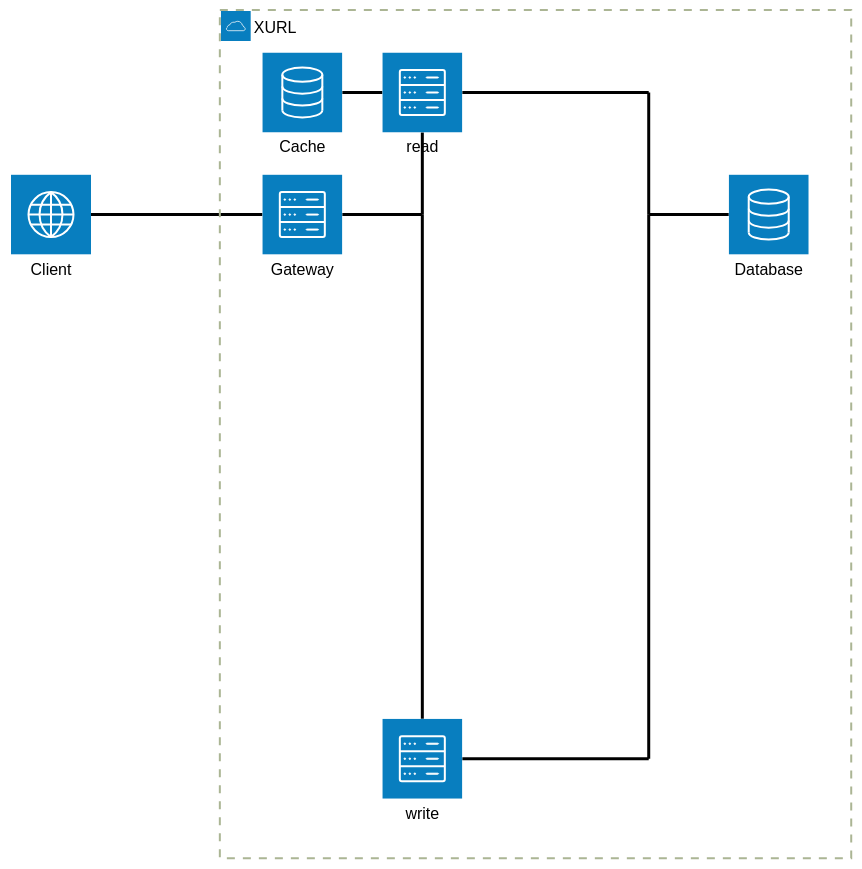
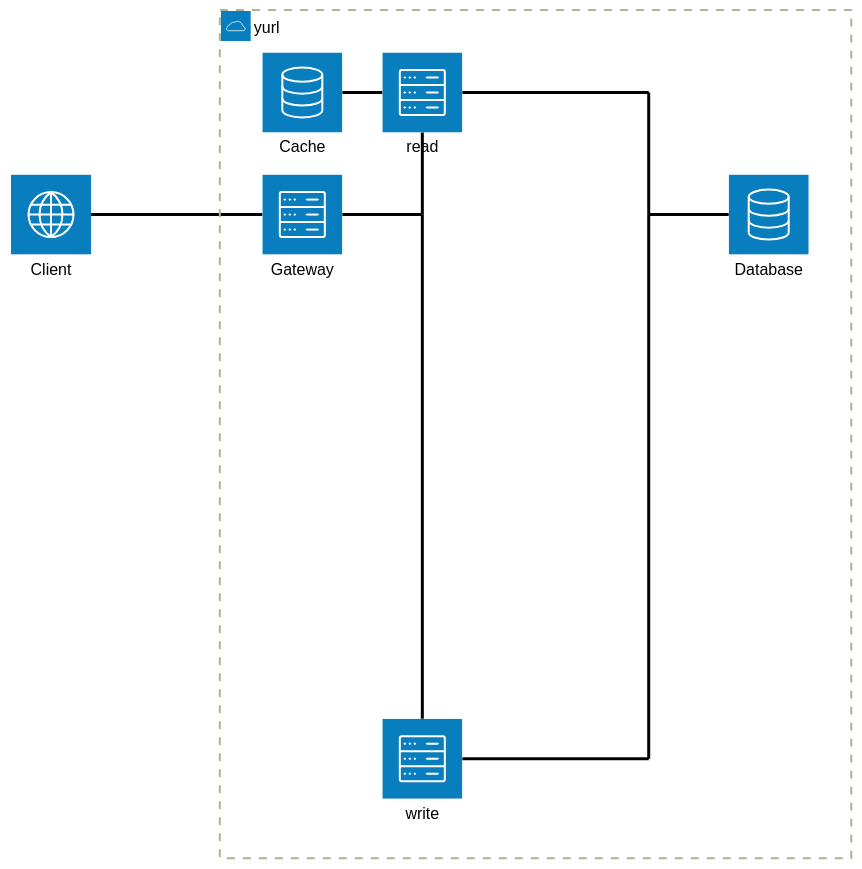
One commit to nikolaDrljaca/xurl changed the third of 3 diagrams in README.md. Above: the diagram before and after it, drawn with Mermaid (forest theme). The commit also changed other lines of this file and 5 other files, not shown here.

````diff
--- a/README.md
+++ b/README.md
@@ -199,28 +199,28 @@
 ```mermaid
 architecture-beta
-    group api(cloud)[XURL]
+    group api(cloud)[yurl]
 
     service client(internet)[Client]
     service gw(server)[Gateway] in api
     service read(server)[read] in api
     service write(server)[write] in api
     service cache(database)[Cache] in api
     service db(database)[Database] in api
     junction jmain
     junction jread
     junction jwrite
     junction jdb
 
     client:R -- L:gw
     gw:R -- L:jmain
     read:B -- T:jmain
     write:T -- B:jmain
     read:L -- R:cache
 
     read:R -- L:jread
     jread:B -- T:jdb
     jdb:R -- L:db
     write:R -- L:jwrite
     jwrite:T -- B:jdb
     
 ```
````
